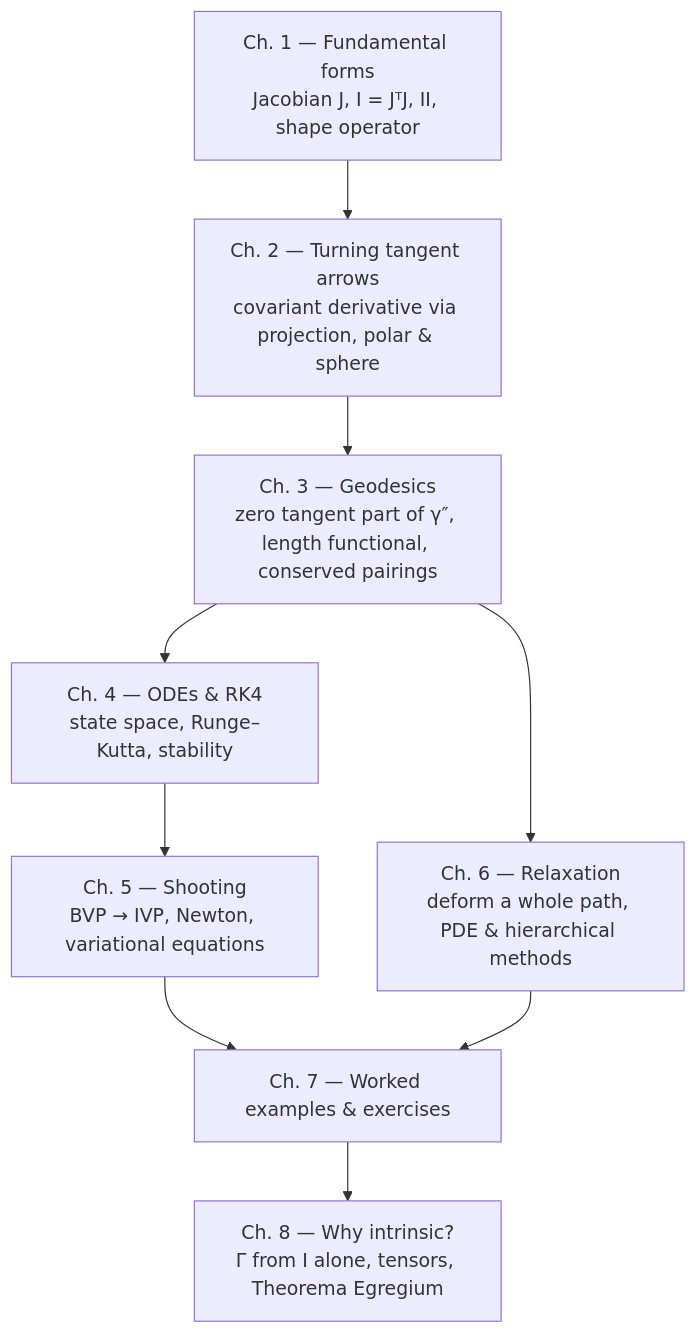
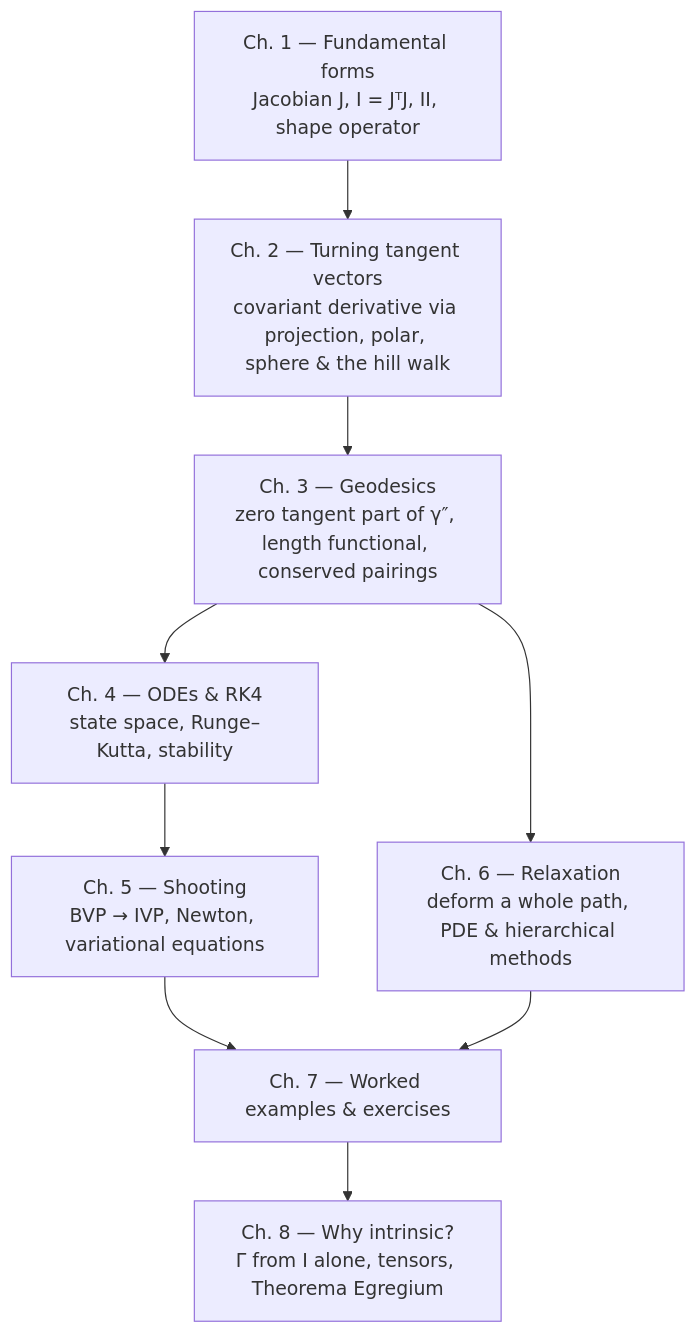
Before and after one commit to TreeHappy/brane: the diagram in projects/geodesia/learn-geodesia/index.md, drawn with Mermaid. The commit also changed other lines of this file and 2 other files, not shown here.

First line of the commit message:
geodesia: split Ch. 1-2 back into 01-fundamental-forms.md + 02-tangent-parts.md

````diff
--- a/projects/geodesia/learn-geodesia/index.md
+++ b/projects/geodesia/learn-geodesia/index.md
@@ -55,16 +55,16 @@
 ```mermaid
 flowchart TD
     A["Ch. 1 — Fundamental forms<br/>Jacobian J, I = JᵀJ, II, shape operator"]
-    B["Ch. 2 — Turning tangent arrows<br/>covariant derivative via projection, polar & sphere"]
+    B["Ch. 2 — Turning tangent vectors<br/>covariant derivative via projection, polar, sphere & the hill walk"]
     C["Ch. 3 — Geodesics<br/>zero tangent part of γ″, length functional, conserved pairings"]
     D["Ch. 4 — ODEs & RK4<br/>state space, Runge–Kutta, stability"]
     E["Ch. 5 — Shooting<br/>BVP → IVP, Newton, variational equations"]
     F["Ch. 6 — Relaxation<br/>deform a whole path, PDE & hierarchical methods"]
     G["Ch. 7 — Worked examples & exercises"]
     H["Ch. 8 — Why intrinsic?<br/>Γ from I alone, tensors, Theorema Egregium"]
     A --> B --> C --> D --> E
     C --> F
     E --> G
     F --> G
     G --> H
 ```
````
